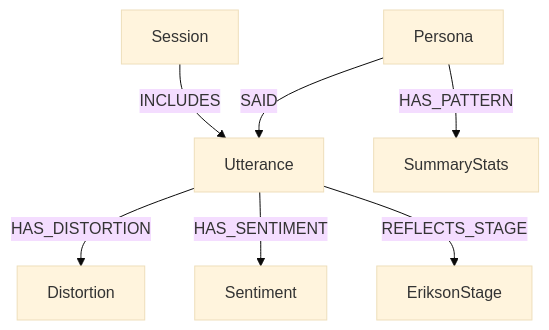
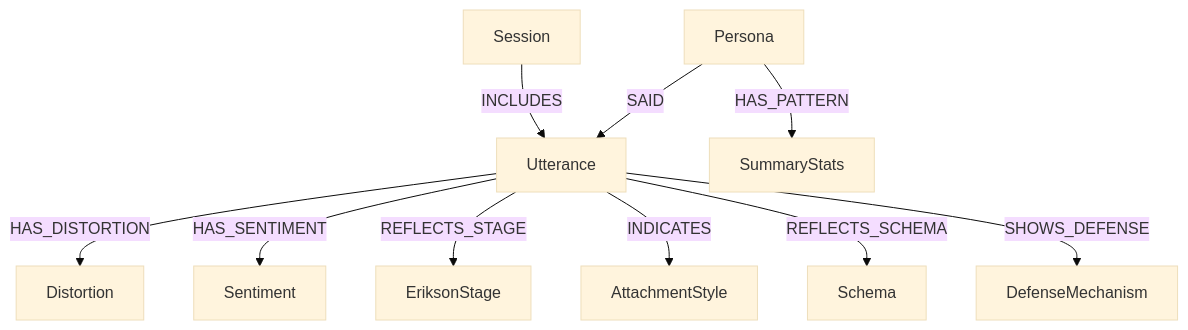
Before and after one commit to David-Barnes-Data-Imaginations/persona-forge-langgraph: the first of 2 diagrams in README.md, drawn with Mermaid (base theme). The commit also changed other lines of this file and 16 other files, not shown here.

Commit message:
Finished graph and updated to semi-fin README

````diff
--- a/README.md
+++ b/README.md
@@ -380,9 +294,12 @@
 ```mermaid
-  graph TD
-    Persona -->|SAID| Utterance
-    Utterance -->|HAS_DISTORTION| Distortion
-    Utterance -->|HAS_SENTIMENT| Sentiment
-    Utterance -->|REFLECTS_STAGE| EriksonStage
-    Persona -->|HAS_PATTERN| SummaryStats
-    Session -->|INCLUDES| Utterance
+graph TD
+  Persona -->|SAID| Utterance
+  Utterance -->|HAS_DISTORTION| Distortion
+  Utterance -->|HAS_SENTIMENT| Sentiment
+  Utterance -->|REFLECTS_STAGE| EriksonStage
+  Utterance -->|INDICATES| AttachmentStyle
+  Utterance -->|REFLECTS_SCHEMA| Schema
+  Utterance -->|SHOWS_DEFENSE| DefenseMechanism
+  Persona -->|HAS_PATTERN| SummaryStats
+  Session -->|INCLUDES| Utterance
 ```
````
